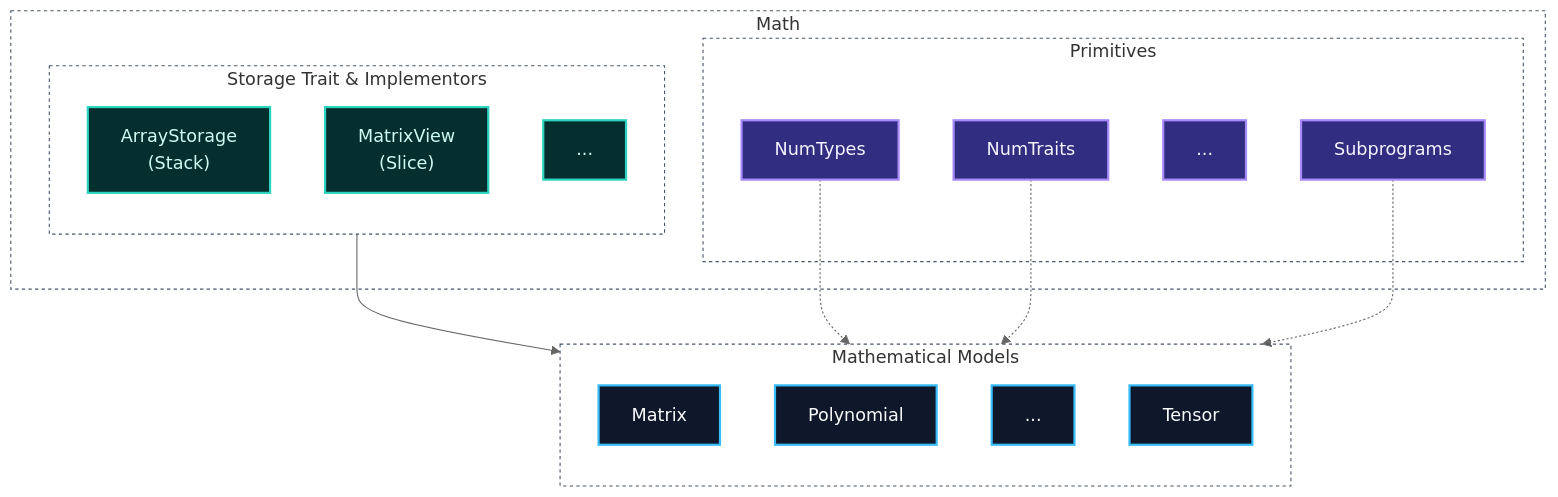
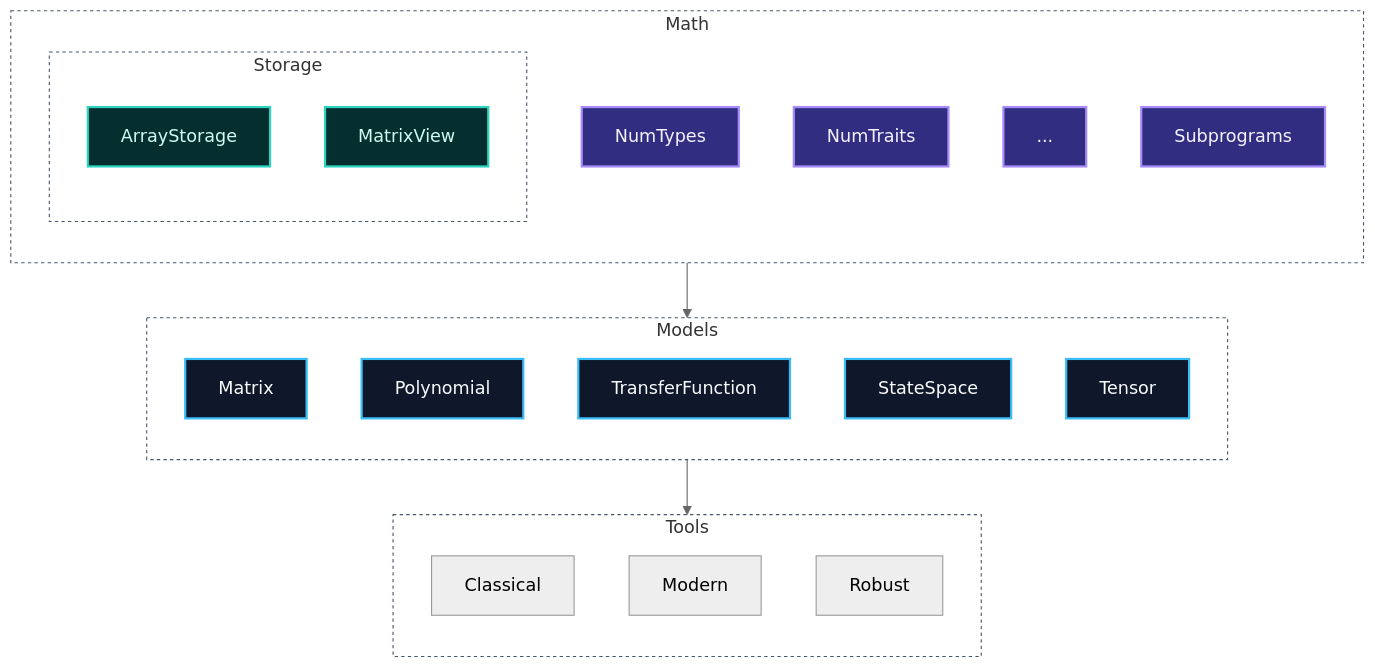
Before and after one commit to Dyse-Industries/control-rs: the diagram in README.md, drawn with Mermaid (neutral theme). The commit also changed other lines of this file and 52 other files, not shown here.

````diff
--- a/README.md
+++ b/README.md
@@ -39,44 +35,49 @@
 ```mermaid
 ---
 config:
   layout: dagre
 ---
 flowchart TB
     subgraph Math
-        subgraph Primitives
-            NumTypes:::external
-            NumTraits:::external
-            ...:::external
-            Subprograms:::external
-        end
+        direction TB
+        NumTypes:::external
+        NumTraits:::external
+        ...:::external
+        Subprograms:::external
 
-        subgraph Storage ["Storage Trait & Implementors"]
+        subgraph Storage
             direction TB
-            ArrayStorage["ArrayStorage<br>(Stack)"]:::storage
-            MatrixView["MatrixView<br>(Slice)"]:::storage
-            Extend1["..."]:::storage
+            ArrayStorage:::storage
+            MatrixView:::storage
         end
     end
 
-    subgraph Models ["Mathematical Models"]
+    subgraph Models
         direction TB
         Matrix:::core
         Polynomial:::core
-        Extend2["..."]:::core
+        TransferFunction:::core
+        StateSpace:::core
         Tensor:::core
     end
 
+    subgraph Tools
+        direction TB
+        Classical
+        Modern
+        Robust
+    end
+
 %% Cleaned up structural flow
-    Storage --> Models
-    NumTypes -.-> Models
-    NumTraits -.-> Models
-    Subprograms -.-> Models
+    Math --> Models
+    Models --> Tools
 %% Styling
     classDef core fill: #0f172a, stroke: #38bdf8, stroke-width: 2px, color: #f8fafc
     classDef storage fill: #042f2e, stroke: #2dd4bf, stroke-width: 2px, color: #ccfbf1
     classDef external fill: #312e81, stroke: #a78bfa, stroke-width: 2px, color: #f5f3ff
+    classDef tools fill: #312e81, stroke: #a78bfa, stroke-width: 2px, color: #f5f3ff
     style Models fill: transparent, stroke: #475569, stroke-width: 1px, stroke-dasharray: 3 3
     style Math fill: transparent, stroke: #475569, stroke-width: 1px, stroke-dasharray: 3 3
-    style Primitives fill: transparent, stroke: #475569, stroke-width: 1px, stroke-dasharray: 3 3
     style Storage fill: transparent, stroke: #475569, stroke-width: 1px, stroke-dasharray: 3 3
+    style Tools fill: transparent, stroke: #475569, stroke-width: 1px, stroke-dasharray: 3 3
 ```
````
